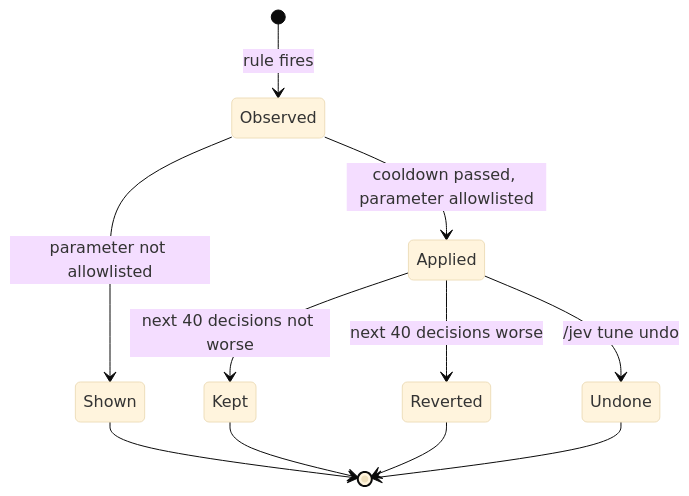
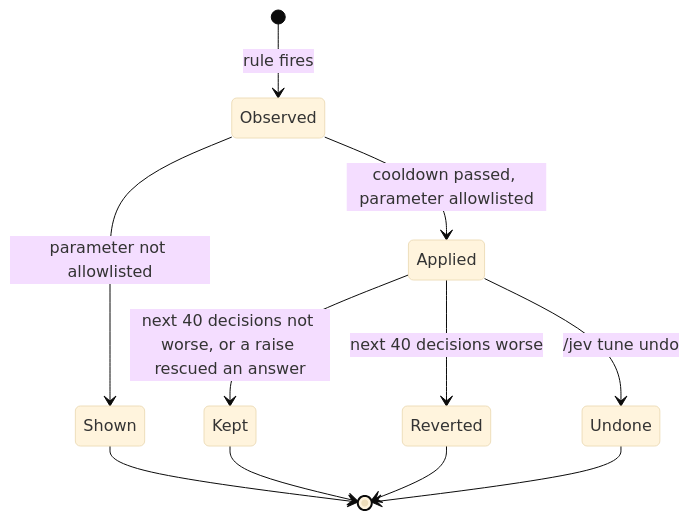
Before and after one commit to ttdua/pi-jev-pilot: the third of 3 diagrams in docs/domain-model.md, drawn with Mermaid (base theme). The commit also changed other lines of this file and 41 other files, not shown here.

````diff
--- a/docs/domain-model.md
+++ b/docs/domain-model.md
@@ -212,13 +212,13 @@
 ```mermaid
 stateDiagram-v2
     [*] --> Observed: rule fires
     Observed --> Applied: cooldown passed, parameter allowlisted
     Observed --> Shown: parameter not allowlisted
-    Applied --> Kept: next 40 decisions not worse
+    Applied --> Kept: next 40 decisions not worse, or a raise rescued an answer
     Applied --> Reverted: next 40 decisions worse
     Applied --> Undone: /jev tune undo
     Shown --> [*]
     Kept --> [*]
     Reverted --> [*]
     Undone --> [*]
 ```
````
